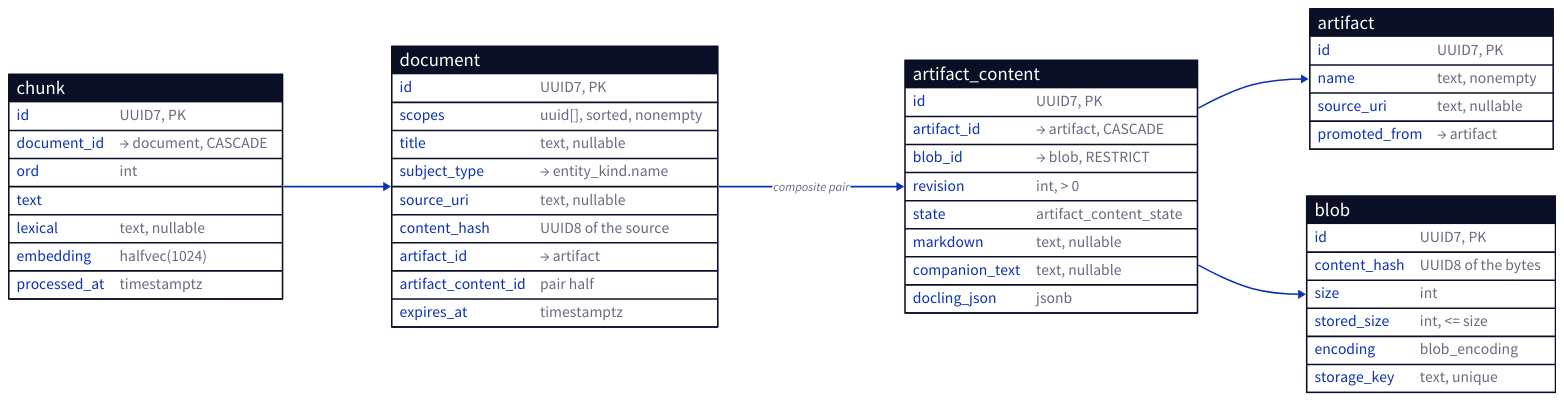
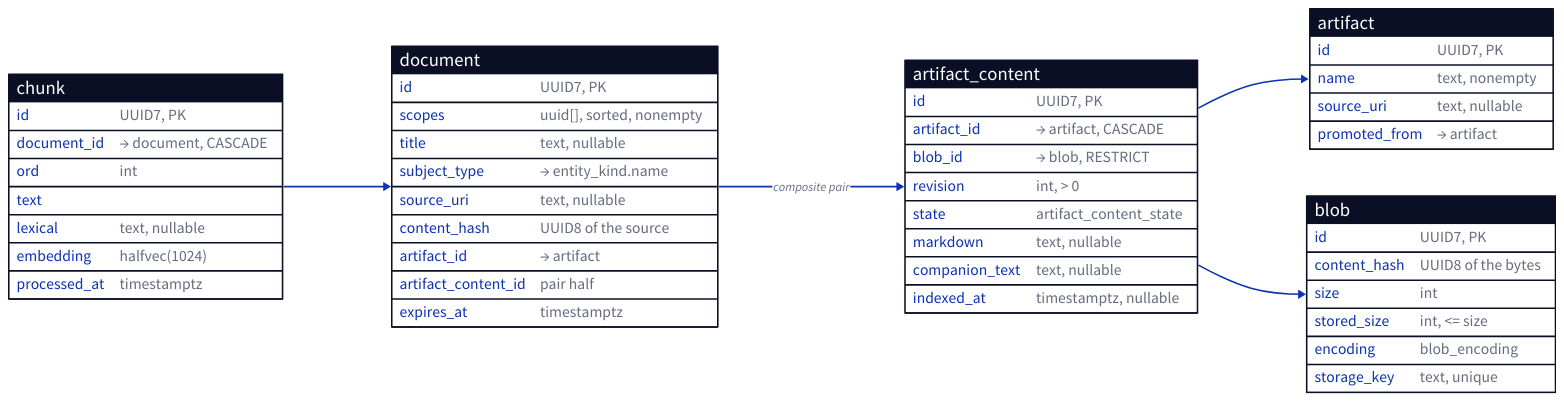
The diagram in docs/src/content/docs/docs/dev/store/content-tables.md (phvv-me/aizk), drawn with D2 before and after one commit. The commit also changed 69 other files, not shown here.

````diff
--- a/docs/src/content/docs/docs/dev/store/content-tables.md
+++ b/docs/src/content/docs/docs/dev/store/content-tables.md
@@ -13,62 +13,62 @@
 ```d2
 direction: right
 
 document: "document" {
   shape: sql_table
   id: "UUID7, PK"
   scopes: "uuid[], sorted, nonempty"
   title: "text, nullable"
   subject_type: "→ entity_kind.name"
   source_uri: "text, nullable"
   content_hash: "UUID8 of the source"
   artifact_id: "→ artifact"
   artifact_content_id: "pair half"
   expires_at: timestamptz
 }
 
 chunk: "chunk" {
   shape: sql_table
   id: "UUID7, PK"
   document_id: "→ document, CASCADE"
   ord: int
   text: text
   lexical: "text, nullable"
   embedding: "halfvec(1024)"
   processed_at: timestamptz
 }
 
 artifact: "artifact" {
   shape: sql_table
   id: "UUID7, PK"
   name: "text, nonempty"
   source_uri: "text, nullable"
   promoted_from: "→ artifact"
 }
 
 content: "artifact_content" {
   shape: sql_table
   id: "UUID7, PK"
   artifact_id: "→ artifact, CASCADE"
   blob_id: "→ blob, RESTRICT"
   revision: "int, > 0"
   state: artifact_content_state
   markdown: "text, nullable"
   companion_text: "text, nullable"
-  docling_json: jsonb
+  indexed_at: "timestamptz, nullable"
 }
 
 blob: "blob" {
   shape: sql_table
   id: "UUID7, PK"
   content_hash: "UUID8 of the bytes"
   size: int
   stored_size: "int, <= size"
   encoding: blob_encoding
   storage_key: "text, unique"
 }
 
 chunk.document_id -> document.id
 content.artifact_id -> artifact.id
 content.blob_id -> blob.id
 document.artifact_content_id -> content.id: "composite pair"
 ```
````
